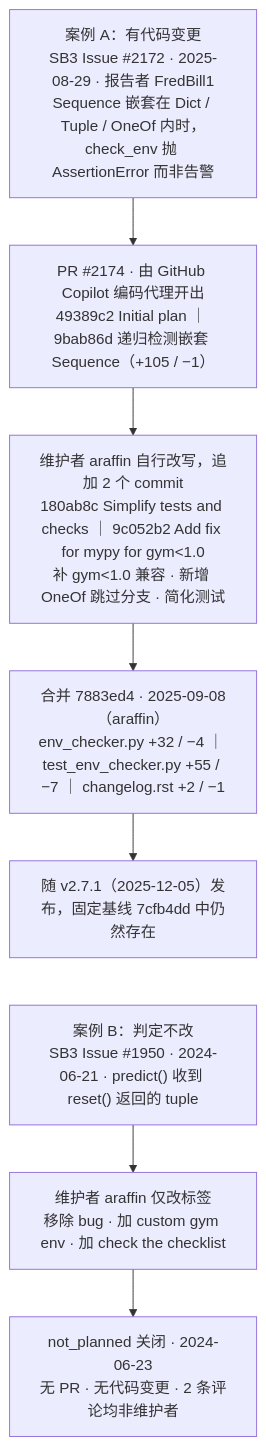
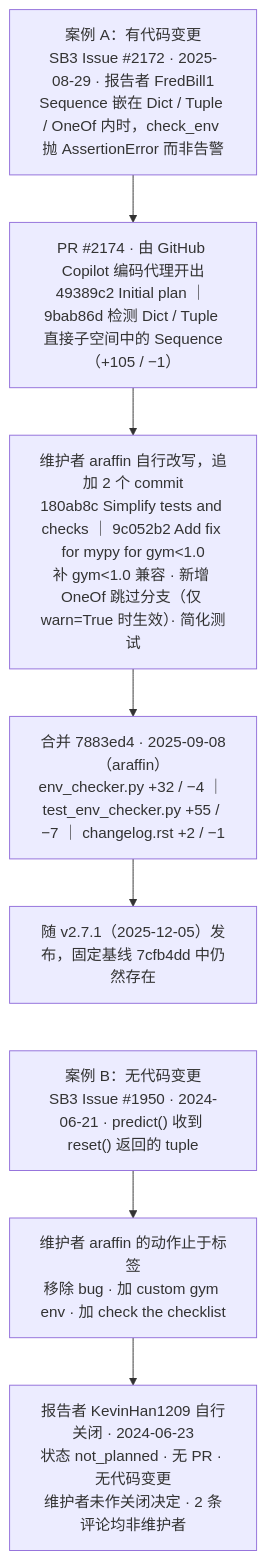
One commit to Jaschenn/sb3-llm-code-understanding changed the diagram in artifacts/diagrams/issue-08/maintenance-chain.mmd. Above: the diagram before and after it, drawn with Mermaid. The commit also changed 7 other files, not shown here.

```diff
--- a/artifacts/diagrams/issue-08/maintenance-chain.mmd
+++ b/artifacts/diagrams/issue-08/maintenance-chain.mmd
@@ -1,15 +1,15 @@
 flowchart TD
-    A1["案例 A：有代码变更<br/>SB3 Issue #2172 · 2025-08-29 · 报告者 FredBill1<br/>Sequence 嵌套在 Dict / Tuple / OneOf 内时，check_env 抛 AssertionError 而非告警"]
-    A2["PR #2174 · 由 GitHub Copilot 编码代理开出<br/>49389c2 Initial plan ｜ 9bab86d 递归检测嵌套 Sequence（+105 / −1）"]
-    A3["维护者 araffin 自行改写，追加 2 个 commit<br/>180ab8c Simplify tests and checks ｜ 9c052b2 Add fix for mypy for gym&lt;1.0<br/>补 gym&lt;1.0 兼容 · 新增 OneOf 跳过分支 · 简化测试"]
+    A1["案例 A：有代码变更<br/>SB3 Issue #2172 · 2025-08-29 · 报告者 FredBill1<br/>Sequence 嵌在 Dict / Tuple / OneOf 内时，check_env 抛 AssertionError 而非告警"]
+    A2["PR #2174 · 由 GitHub Copilot 编码代理开出<br/>49389c2 Initial plan ｜ 9bab86d 检测 Dict / Tuple 直接子空间中的 Sequence（+105 / −1）"]
+    A3["维护者 araffin 自行改写，追加 2 个 commit<br/>180ab8c Simplify tests and checks ｜ 9c052b2 Add fix for mypy for gym&lt;1.0<br/>补 gym&lt;1.0 兼容 · 新增 OneOf 跳过分支（仅 warn=True 时生效）· 简化测试"]
     A4["合并 7883ed4 · 2025-09-08（araffin）<br/>env_checker.py +32 / −4 ｜ test_env_checker.py +55 / −7 ｜ changelog.rst +2 / −1"]
     A5["随 v2.7.1（2025-12-05）发布，固定基线 7cfb4dd 中仍然存在"]
 
-    B1["案例 B：判定不改<br/>SB3 Issue #1950 · 2024-06-21 · predict() 收到 reset() 返回的 tuple"]
-    B2["维护者 araffin 仅改标签<br/>移除 bug · 加 custom gym env · 加 check the checklist"]
-    B3["not_planned 关闭 · 2024-06-23<br/>无 PR · 无代码变更 · 2 条评论均非维护者"]
+    B1["案例 B：无代码变更<br/>SB3 Issue #1950 · 2024-06-21 · predict() 收到 reset() 返回的 tuple"]
+    B2["维护者 araffin 的动作止于标签<br/>移除 bug · 加 custom gym env · 加 check the checklist"]
+    B3["报告者 KevinHan1209 自行关闭 · 2024-06-23<br/>状态 not_planned · 无 PR · 无代码变更<br/>维护者未作关闭决定 · 2 条评论均非维护者"]
 
     A1 --> A2 --> A3 --> A4 --> A5
     B1 --> B2 --> B3
 
     A5 ~~~ B1
```
